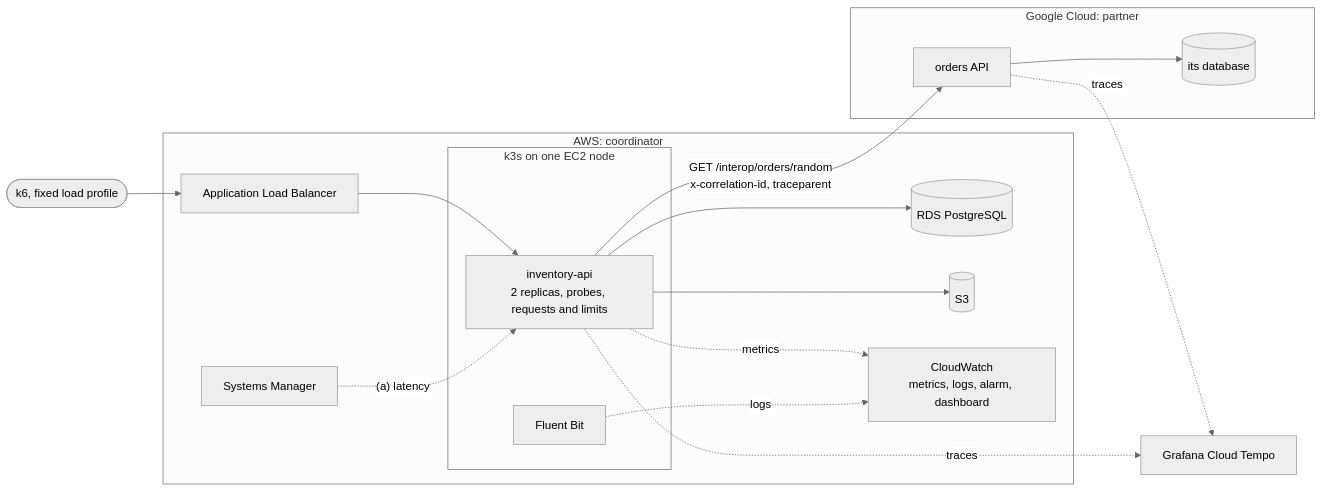
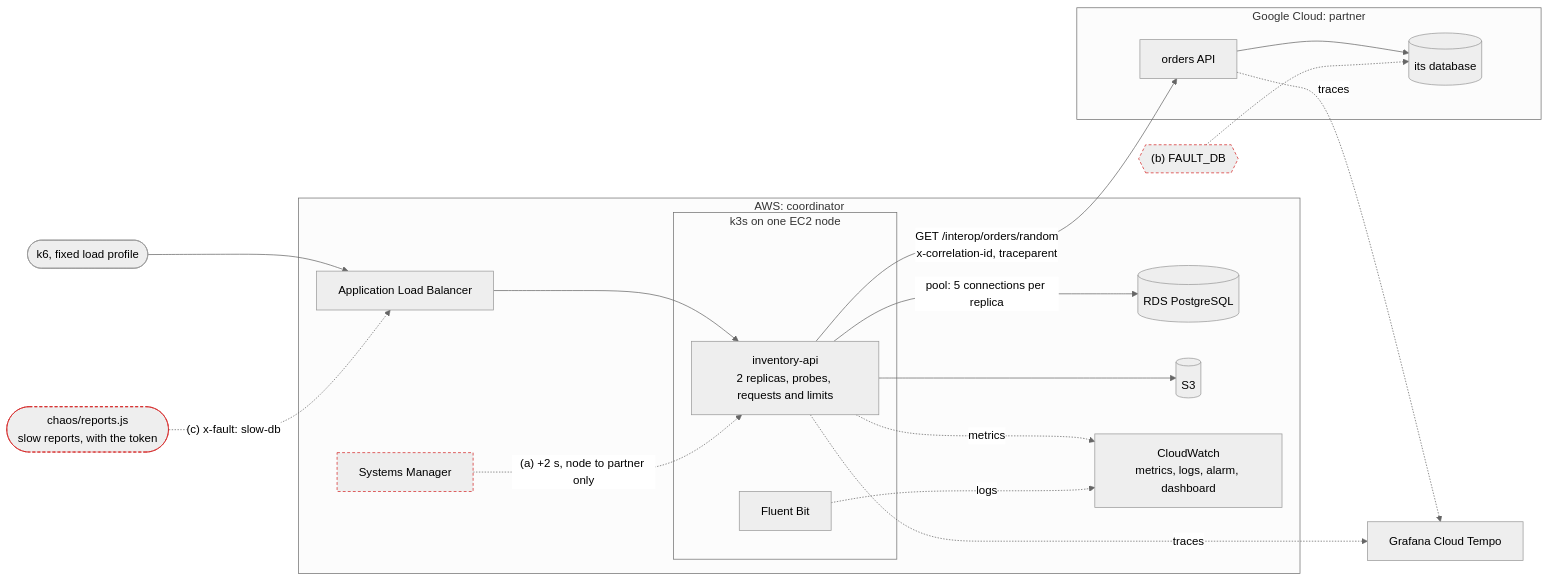
One commit to SebaScript/inventory-api-v2 changed the diagram in README.md. Above: the diagram before and after it, drawn with Mermaid (neutral theme). The commit also changed other lines of this file, not shown here.

````diff
--- a/README.md
+++ b/README.md
@@ -98,32 +103,39 @@
 ```mermaid
 flowchart LR
   k6([k6, fixed load profile])
 
   subgraph AWS["AWS: coordinator"]
     alb[Application Load Balancer]
     subgraph k3s["k3s on one EC2 node"]
       pods[inventory-api<br/>2 replicas, probes, requests and limits]
       fb[Fluent Bit]
     end
     rds[(RDS PostgreSQL)]
     s3[(S3)]
     cw[CloudWatch<br/>metrics, logs, alarm, dashboard]
     ssm[Systems Manager]
   end
 
   subgraph GCP["Google Cloud: partner"]
     orders[orders API]
     odb[(its database)]
   end
 
   tempo[Grafana Cloud Tempo]
+  reports([chaos/reports.js<br/>slow reports, with the token])
 
   k6 --> alb --> pods
-  pods --> rds & s3
+  pods -- "pool: 5 connections per replica" --> rds
+  pods --> s3
   pods -- "GET /interop/orders/random<br/>x-correlation-id, traceparent" --> orders --> odb
-  ssm -. "(a) latency" .-> pods
+  ssm -. "(a) +2 s, node to partner only" .-> pods
+  reports -. "(c) x-fault: slow-db" .-> alb
+  fault_b{{"(b) FAULT_DB"}} -.-> odb
   pods -. metrics .-> cw
   fb -. logs .-> cw
   pods -. traces .-> tempo
   orders -. traces .-> tempo
+
+  classDef fault stroke:#d62728,stroke-dasharray:4 3
+  class ssm,reports,fault_b fault
 ```
````
